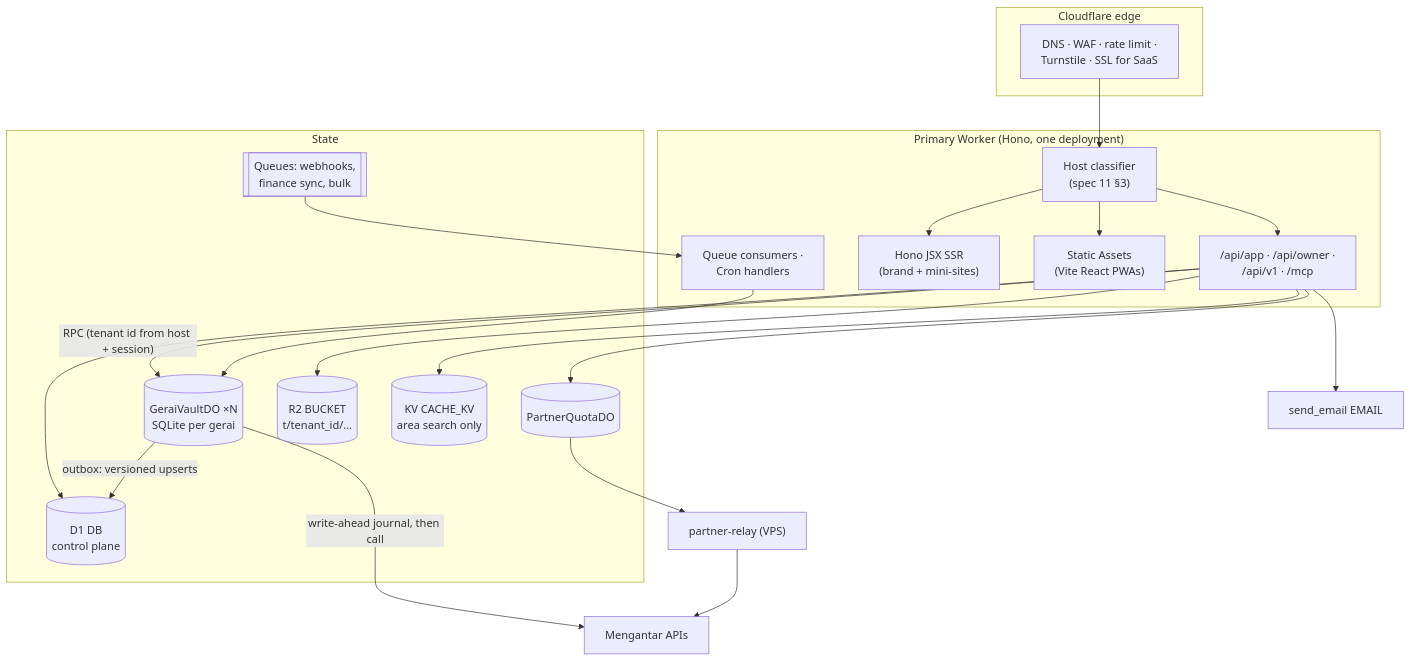
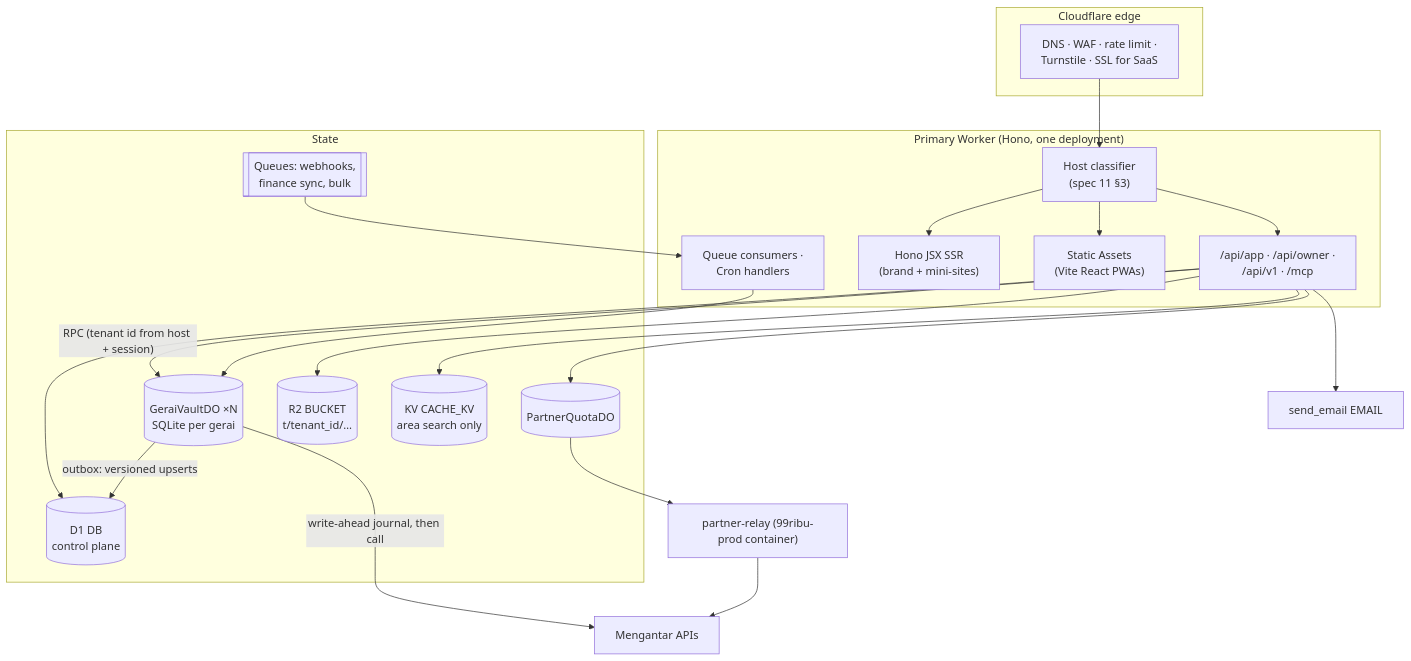
The second of 14 diagrams in docs/DIAGRAMS.md (ongkipro/geraiexpress-cfv2), drawn with Mermaid before and after one commit. The commit also changed other lines of this file and 87 other files, not shown here.

First line of the commit message:
feat: move the tenant zone to geraimitra.com and co-host the relay on 99ribu-prod

````diff
--- a/docs/DIAGRAMS.md
+++ b/docs/DIAGRAMS.md
@@ -64,36 +64,36 @@
 ```mermaid
 flowchart TB
     subgraph Edge["Cloudflare edge"]
         waf["DNS · WAF · rate limit ·<br/>Turnstile · SSL for SaaS"]
     end
     subgraph Worker["Primary Worker (Hono, one deployment)"]
         hc["Host classifier<br/>(spec 11 §3)"]
         api["/api/app · /api/owner ·<br/>/api/v1 · /mcp"]
         ssr["Hono JSX SSR<br/>(brand + mini-sites)"]
         assets["Static Assets<br/>(Vite React PWAs)"]
         qc["Queue consumers ·<br/>Cron handlers"]
     end
     subgraph Stores["State"]
         d1[("D1 DB<br/>control plane")]
         vault[("GeraiVaultDO ×N<br/>SQLite per gerai")]
         quota[("PartnerQuotaDO")]
         r2[("R2 BUCKET<br/>t/tenant_id/…")]
         kv[("KV CACHE_KV<br/>area search only")]
         q[["Queues: webhooks,<br/>finance sync, bulk"]]
     end
     email["send_email EMAIL"]
-    relay["partner-relay (VPS)"]
+    relay["partner-relay (99ribu-prod container)"]
     mengantar["Mengantar APIs"]
 
     waf --> hc
     hc --> api & ssr & assets
     api -- "RPC (tenant id from host + session)" --> vault
     api --> d1
     api --> kv
     api --> r2
     api --> email
     vault -- "outbox: versioned upserts" --> d1
     vault -- "write-ahead journal, then call" --> mengantar
     api --> quota --> relay --> mengantar
     q --> qc --> vault
 ```
````
